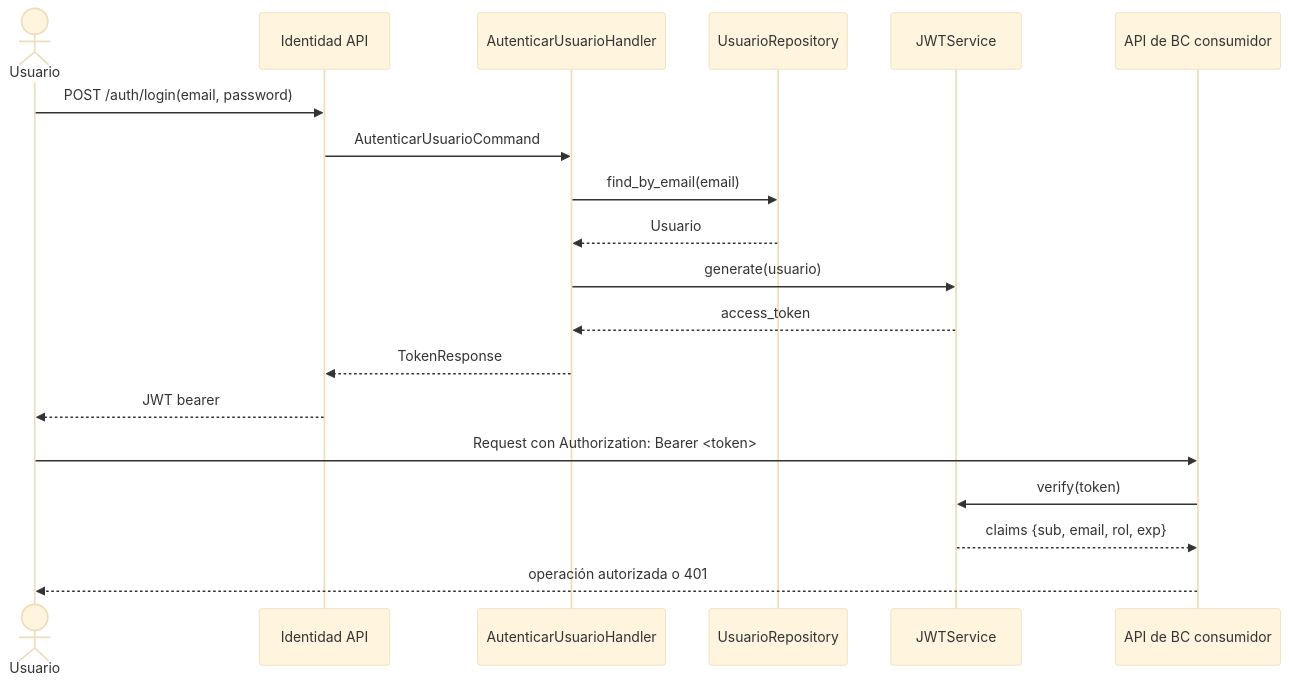
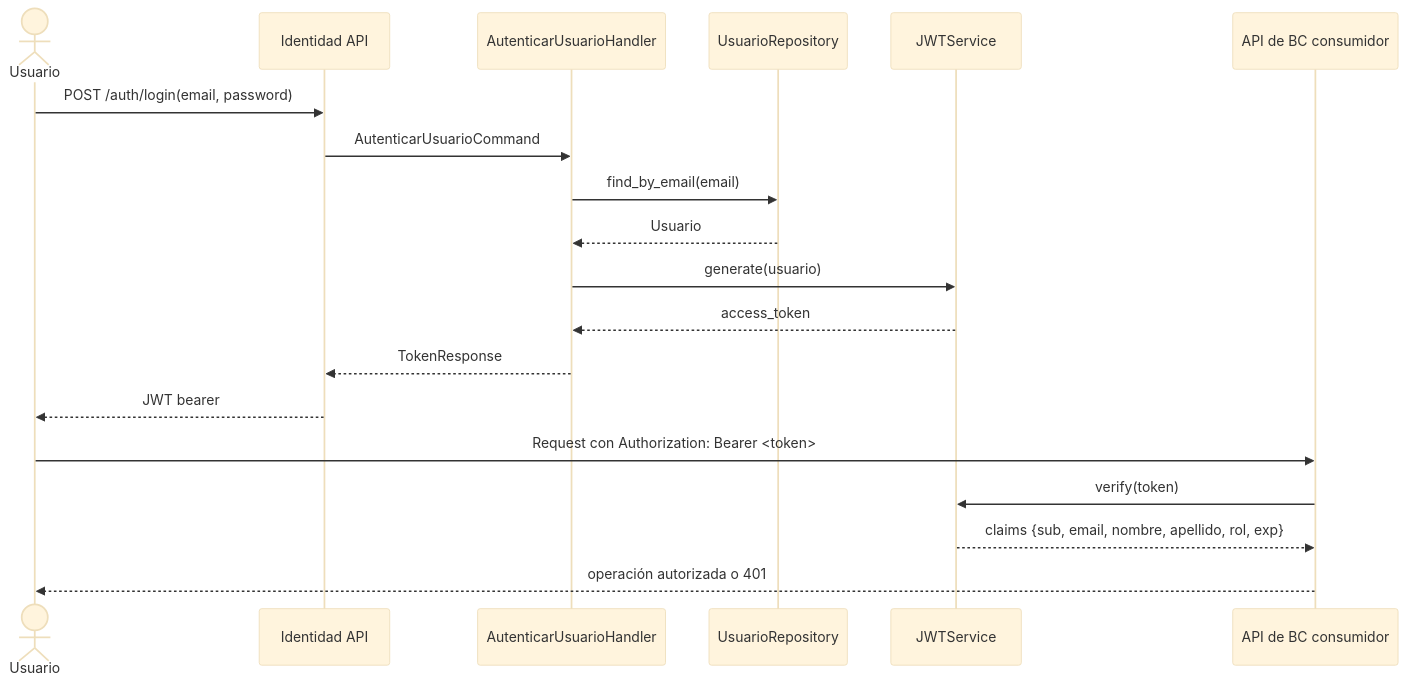
Before and after one commit to vvalotto/ataraxiadive: the first of 6 diagrams in docs/architecture/30-runtime-interactions.md, drawn with Mermaid (base theme). The commit also changed other lines of this file and 4 other files, not shown here.

````diff
--- a/docs/architecture/30-runtime-interactions.md
+++ b/docs/architecture/30-runtime-interactions.md
@@ -55,23 +55,23 @@
 ```mermaid
 sequenceDiagram
     actor U as Usuario
     participant ID_API as Identidad API
     participant ID_APP as AutenticarUsuarioHandler
     participant ID_REPO as UsuarioRepository
     participant JWT as JWTService
     participant BC_API as API de BC consumidor
 
     U->>ID_API: POST /auth/login(email, password)
     ID_API->>ID_APP: AutenticarUsuarioCommand
     ID_APP->>ID_REPO: find_by_email(email)
     ID_REPO-->>ID_APP: Usuario
     ID_APP->>JWT: generate(usuario)
     JWT-->>ID_APP: access_token
     ID_APP-->>ID_API: TokenResponse
     ID_API-->>U: JWT bearer
 
     U->>BC_API: Request con Authorization: Bearer <token>
     BC_API->>JWT: verify(token)
-    JWT-->>BC_API: claims {sub, email, rol, exp}
+    JWT-->>BC_API: claims {sub, email, nombre, apellido, rol, exp}
     BC_API-->>U: operación autorizada o 401
 ```
````
